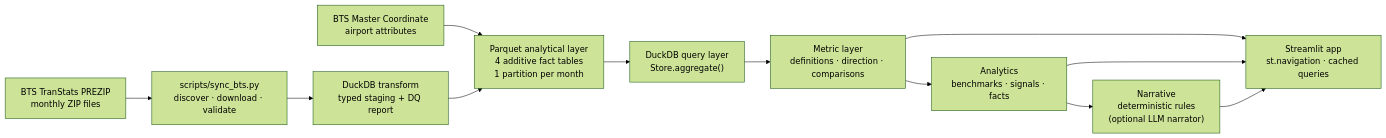
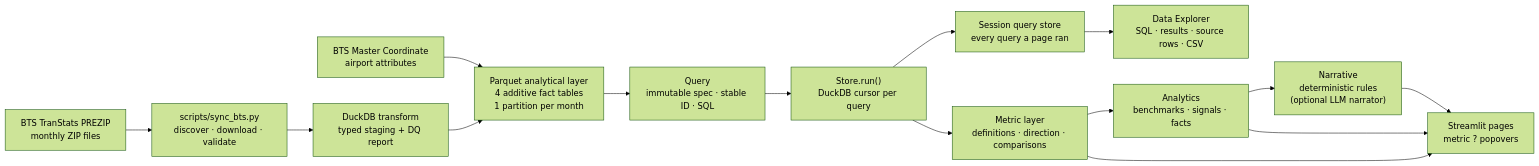
Before and after one commit to jameskbb/airline-ops: the diagram in README.md, drawn with Mermaid (forest theme). The commit also changed other lines of this file and 39 other files, not shown here.

First line of the commit message:
feat: query store, metric help popovers and Data Explorer; simplify the Streamlit layer

````diff
--- a/README.md
+++ b/README.md
@@ -42,14 +45,17 @@
 ```mermaid
 flowchart LR
     A["BTS TranStats PREZIP<br/>monthly ZIP files"] --> B["scripts/sync_bts.py<br/>discover · download · validate"]
     M["BTS Master Coordinate<br/>airport attributes"] --> D
     B --> C["DuckDB transform<br/>typed staging + DQ report"]
     C --> D["Parquet analytical layer<br/>4 additive fact tables<br/>1 partition per month"]
-    D --> E["DuckDB query layer<br/>Store.aggregate()"]
-    E --> F["Metric layer<br/>definitions · direction · comparisons"]
+    D --> E["Query<br/>immutable spec · stable ID · SQL"]
+    E --> Q["Store.run()<br/>DuckDB cursor per query"]
+    Q --> S["Session query store<br/>every query a page ran"]
+    Q --> F["Metric layer<br/>definitions · direction · comparisons"]
     F --> G["Analytics<br/>benchmarks · signals · facts"]
     G --> H["Narrative<br/>deterministic rules<br/>(optional LLM narrator)"]
-    F --> I["Streamlit app<br/>st.navigation · cached queries"]
+    F --> I["Streamlit pages<br/>metric ? popovers"]
     G --> I
     H --> I
+    S --> X["Data Explorer<br/>SQL · results · source rows · CSV"]
 ```
````
